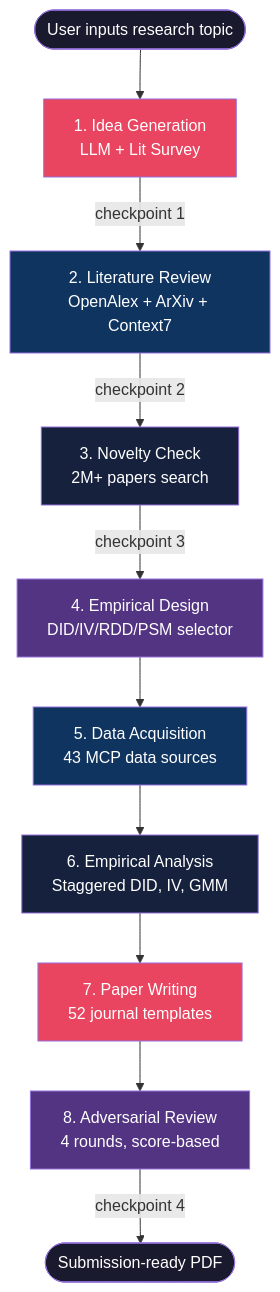
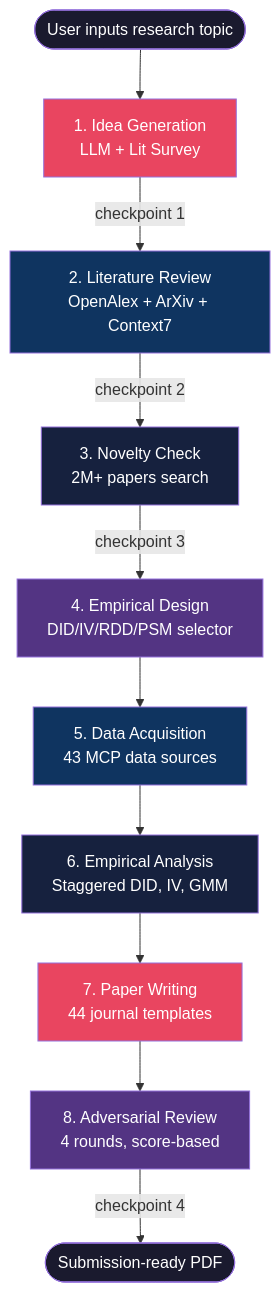
Before and after one commit to csmar432/finai-research: the first of 3 diagrams in README.md, drawn with Mermaid. The commit also changed other lines of this file and 4 other files, not shown here.

````diff
--- a/README.md
+++ b/README.md
@@ -497,23 +497,23 @@
 ```mermaid
 flowchart TD
     Start([User inputs research topic]) --> S1[1. Idea Generation<br/>LLM + Lit Survey]
     S1 -->|checkpoint 1| S2[2. Literature Review<br/>OpenAlex + ArXiv + Context7]
     S2 -->|checkpoint 2| S3[3. Novelty Check<br/>2M+ papers search]
     S3 -->|checkpoint 3| S4[4. Empirical Design<br/>DID/IV/RDD/PSM selector]
     S4 --> S5[5. Data Acquisition<br/>43 MCP data sources]
     S5 --> S6[6. Empirical Analysis<br/>Staggered DID, IV, GMM]
-    S6 --> S7[7. Paper Writing<br/>52 journal templates]
+    S6 --> S7[7. Paper Writing<br/>44 journal templates]
     S7 --> S8[8. Adversarial Review<br/>4 rounds, score-based]
     S8 -->|checkpoint 4| Done([Submission-ready PDF])
 
     style S1 fill:#e94560,color:#fff
     style S2 fill:#0f3460,color:#fff
     style S3 fill:#16213e,color:#fff
     style S4 fill:#533483,color:#fff
     style S5 fill:#0f3460,color:#fff
     style S6 fill:#16213e,color:#fff
     style S7 fill:#e94560,color:#fff
     style S8 fill:#533483,color:#fff
     style Start fill:#1a1a2e,color:#fff
     style Done fill:#1a1a2e,color:#fff
 ```
````
